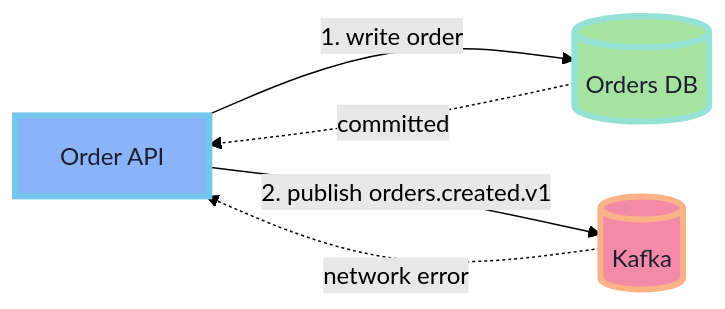
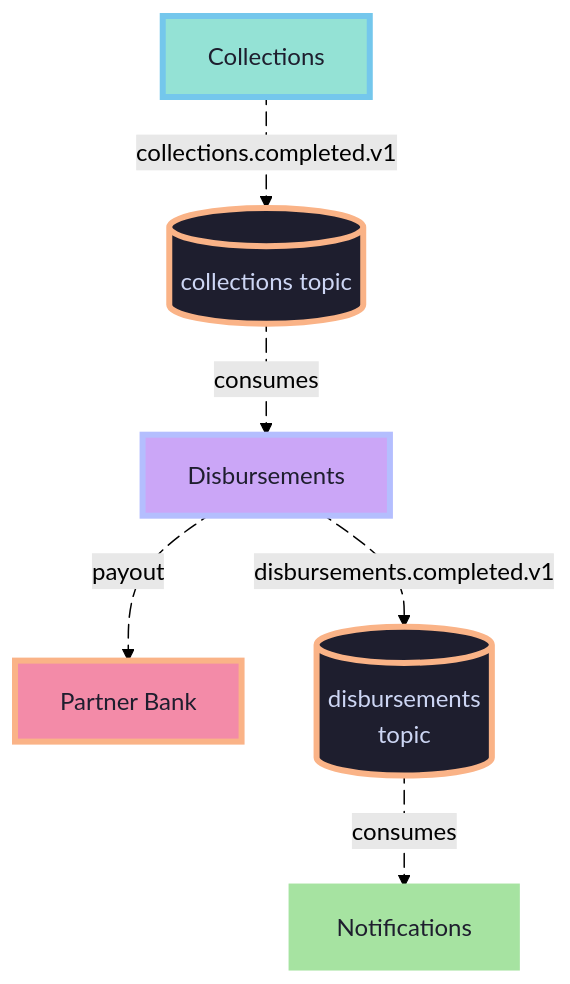
One commit to hmajid2301/blog changed diagram 12 of 40 in content/slides/go-labs-eda-go-kafka/slides.md. Above: the diagram before and after it, drawn with Mermaid (forest theme). The commit also changed other lines of this file and 10 other files, not shown here.

````diff
--- a/content/slides/go-labs-eda-go-kafka/slides.md
+++ b/content/slides/go-labs-eda-go-kafka/slides.md
@@ -649,15 +475,25 @@
 ```mermaid
-flowchart LR
-    API["Order API"] -->|"1. write order"| DB[("Orders DB")]
-    API -->|"2. publish orders.created.v1"| KAFKA[("Kafka")]
-    DB -. "committed" .-> API
-    KAFKA -. "network error" .-> API
+flowchart TD
+    E["Collections"] publish@-->|"collections.completed.v1"| T[("collections topic")]
+    T consume@-->|"consumes"| C2["Disbursements"]
+    C2 bankCall@-->|"payout"| BANK["Partner Bank"]
+    C2 publishPayout@-->|"disbursements.completed.v1"| D[("disbursements<br/>topic")]
+    D notify@-->|"consumes"| N["Notifications"]
+    publish@{ animation: slow }
+    consume@{ animation: slow }
+    bankCall@{ animation: slow }
+    publishPayout@{ animation: slow }
+    notify@{ animation: slow }
 
-    classDef app fill:#89b4fa,stroke:#74c7ec,stroke-width:4px,color:#1e1e2e;
-    classDef db fill:#a6e3a1,stroke:#94e2d5,stroke-width:4px,color:#1e1e2e;
-    classDef kafka fill:#f38ba8,stroke:#fab387,stroke-width:4px,color:#1e1e2e;
+    classDef topic fill:#1e1e2e,stroke:#fab387,stroke-width:4px,color:#cdd6f4;
+    classDef collections fill:#94e2d5,stroke:#74c7ec,stroke-width:4px,color:#1e1e2e;
+    classDef disbursements fill:#cba6f7,stroke:#b4befe,stroke-width:4px,color:#1e1e2e;
+    classDef bank fill:#f38ba8,stroke:#fab387,stroke-width:4px,color:#1e1e2e;
+    classDef notifications fill:#a6e3a1,stroke:#a6e3a1,stroke-width:4px,color:#1e1e2e;
 
-    class API app;
-    class DB db;
-    class KAFKA kafka;
+    class T,D topic;
+    class E collections;
+    class C2 disbursements;
+    class BANK bank;
+    class N notifications;
 ```
````
